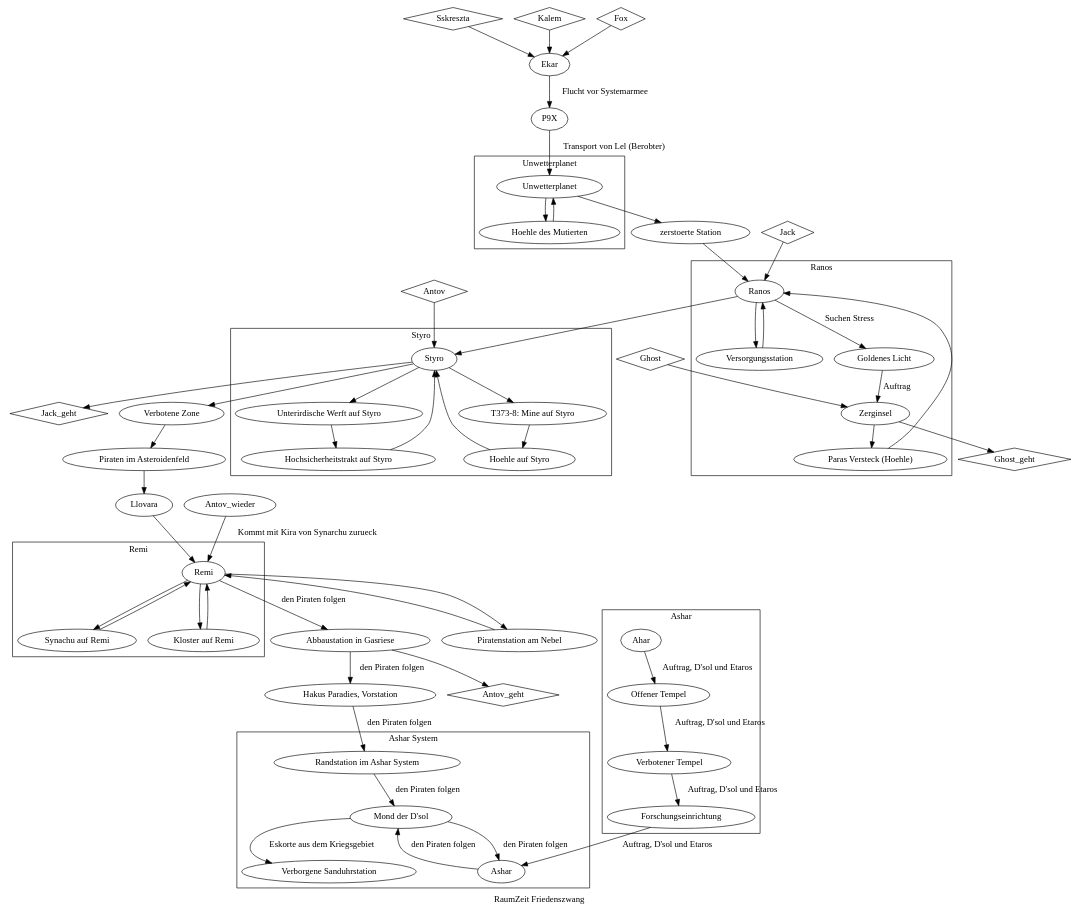
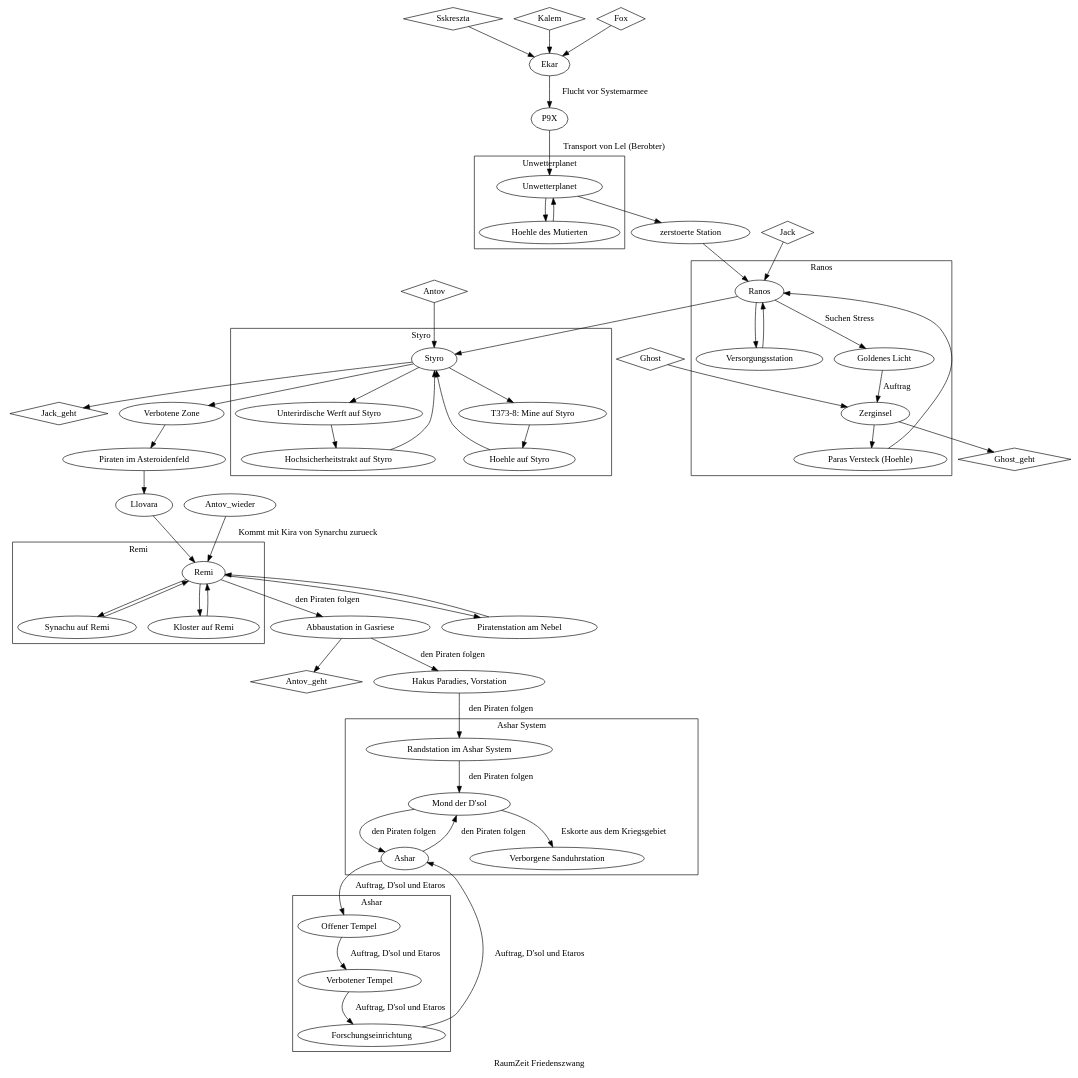
One commit to vaibhav-gupt/Hg changed the diagram in RaumZeit/Charaktere/Sskreszta/stationen_unserer_reise.dot. Above: the diagram before and after it, drawn with Graphviz.

```diff
--- a/RaumZeit/Charaktere/Sskreszta/stationen_unserer_reise.dot
+++ b/RaumZeit/Charaktere/Sskreszta/stationen_unserer_reise.dot
@@ -1,84 +1,84 @@
 digraph G {
     name = "RaumZeit Friedenszwang"
     label = "RaumZeit Friedenszwang"
     // Personen
     node [shape="diamond"] Sskreszta; Kalem; Fox; Jack; Jack_geht; Ghost; Ghost_geht; Antov; Antov_geht
     
     node [shape=""]
     // dazugestoßen 
     Sskreszta -> Ekar
     Kalem -> Ekar
     Fox -> Ekar
     Jack -> Ranos
     Ghost -> Zerginsel 
     Antov -> Styro
     
     // verlassen
     Zerginsel -> Ghost_geht
     Styro -> Jack_geht
     "Abbaustation in Gasriese" -> Antov_geht
 
     // wiedergekommen
     edge [label="Kommt mit Kira von Synarchu zurueck"]
     Antov_wieder -> Remi
     
     // Der Weg
     edge [label="Flucht vor Systemarmee"] Ekar -> P9X 
     edge [label="Transport von Lel (Berobter)"] P9X -> Unwetterplanet
     edge [label=""]
     Unwetterplanet -> "zerstoerte Station" -> Ranos -> Styro -> "Verbotene Zone" -> "Piraten im Asteroidenfeld" -> Llovara -> Remi -> "Piratenstation am Nebel" -> Remi
 
     edge [label="den Piraten folgen"] Remi -> "Abbaustation in Gasriese" 
     "Abbaustation in Gasriese" -> "Hakus Paradies, Vorstation" -> "Randstation im Ashar System"
 
     // Wie es weitergehen koennte. 
     edge [style="dashed"]
     
     edge [label="" style=""]
     // Beschreibungen
         
         // Ereignisse auf dem Unwetterplaneten
         subgraph cluster0 {
             name = Unwetterplanet
             label = Unwetterplanet
             Unwetterplanet -> "Hoehle des Mutierten" -> Unwetterplanet
         }
         
         // Ereignisse in Ranos
         subgraph cluster1 {
             name = Ranos
             label = Ranos
             edge [label="Suchen Stress"]Ranos -> "Goldenes Licht"
             edge [label="Auftrag"] "Goldenes Licht" -> Zerginsel
             edge [label=""] Zerginsel -> "Paras Versteck (Hoehle)" -> Ranos -> Versorgungsstation -> Ranos
         }
         
         // Ereignisse in Styro
         subgraph cluster2 {
             name = Styro
             label = Styro
             Styro -> "T373-8: Mine auf Styro" ->  "Hoehle auf Styro" -> Styro -> "Unterirdische Werft auf Styro" -> "Hochsicherheitstrakt auf Styro" -> Styro 
         }
         
         // Ereignisse auf Remi
         subgraph cluster3 { 
             name = Remi
             label = Remi
             Remi -> "Synachu auf Remi" -> Remi -> "Kloster auf Remi" -> Remi
         }
 
         // Ereignisse bei Ashar
         subgraph cluster4 { 
             name = "Ashar System"
             label = "Ashar System"
             edge [label="den Piraten folgen"] "Randstation im Ashar System" -> "Mond der D'sol" -> "Ashar" -> "Mond der D'sol"
             edge [label="Eskorte aus dem Kriegsgebiet"] "Mond der D'sol" -> "Verborgene Sanduhrstation"
         }
 
         // Ereignisse auf Ashar
         subgraph cluster5 { 
             name = "Ashar"
             label = "Ashar"
-            edge [label="Auftrag, D'sol und Etaros"] Ahar -> "Offener Tempel" -> "Verbotener Tempel" -> Forschungseinrichtung -> Ashar
+            edge [label="Auftrag, D'sol und Etaros"] Ashar -> "Offener Tempel" -> "Verbotener Tempel" -> Forschungseinrichtung -> Ashar
         }
 }
```
